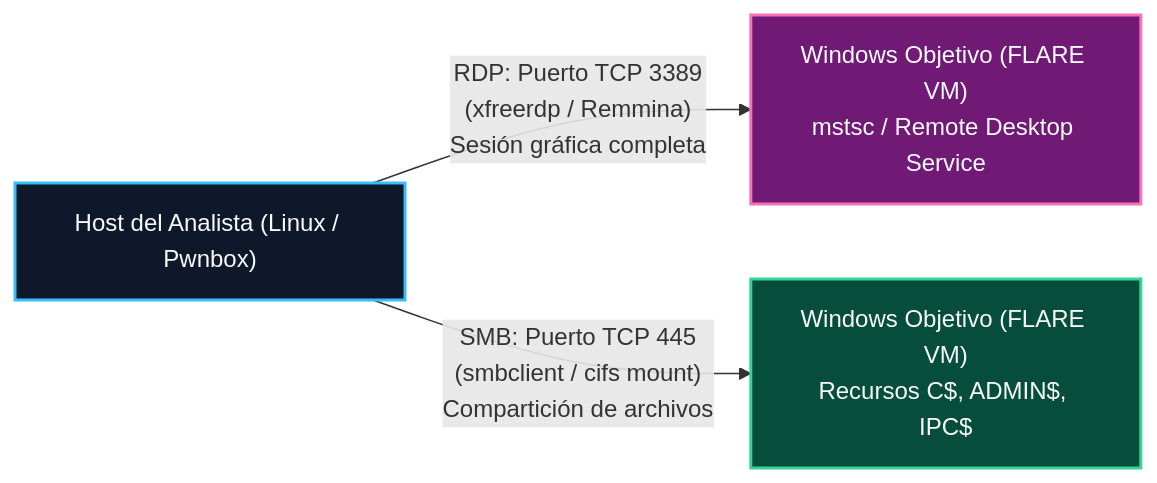
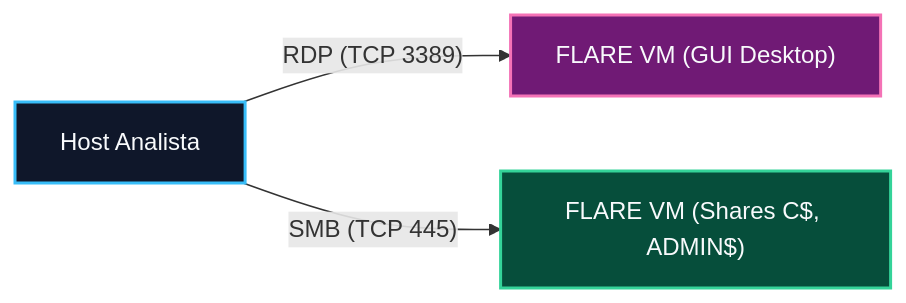
One commit to purpesec/Cybersecurity-For-Beginners changed the seventh of 7 diagrams in malware-analysis/01-arquitectura-windows-directorios-y-permisos/README.md. Above: the diagram before and after it, drawn with Mermaid. The commit also changed other lines of this file and 2 other files, not shown here.

Commit message:
style: redisear diagramas con pocos nodos y fuentes grandes para evitar compresion

````diff
--- a/malware-analysis/01-arquitectura-windows-directorios-y-permisos/README.md
+++ b/malware-analysis/01-arquitectura-windows-directorios-y-permisos/README.md
@@ -277,12 +254,9 @@
 ```mermaid
 flowchart LR
     classDef host fill:#0f172a,stroke:#38bdf8,stroke-width:2px,color:#f8fafc;
     classDef rdp fill:#701a75,stroke:#f472b6,stroke-width:2px,color:#f8fafc;
     classDef smb fill:#064e3b,stroke:#34d399,stroke-width:2px,color:#f8fafc;
 
-    L["Host del Analista (Linux / Pwnbox)"]:::host
-
-    L -->|"RDP: Puerto TCP 3389\n(xfreerdp / Remmina)\nSesión gráfica completa"| W_RDP["Windows Objetivo (FLARE VM)\nmstsc / Remote Desktop Service"]:::rdp
-
-    L -->|"SMB: Puerto TCP 445\n(smbclient / cifs mount)\nCompartición de archivos"| W_SMB["Windows Objetivo (FLARE VM)\nRecursos C$, ADMIN$, IPC$"]:::smb
+    L["Host Analista"]:::host -->|"RDP (TCP 3389)"| W_RDP["FLARE VM (GUI Desktop)"]:::rdp
+    L -->|"SMB (TCP 445)"| W_SMB["FLARE VM (Shares C$, ADMIN$)"]:::smb
 ```
````
